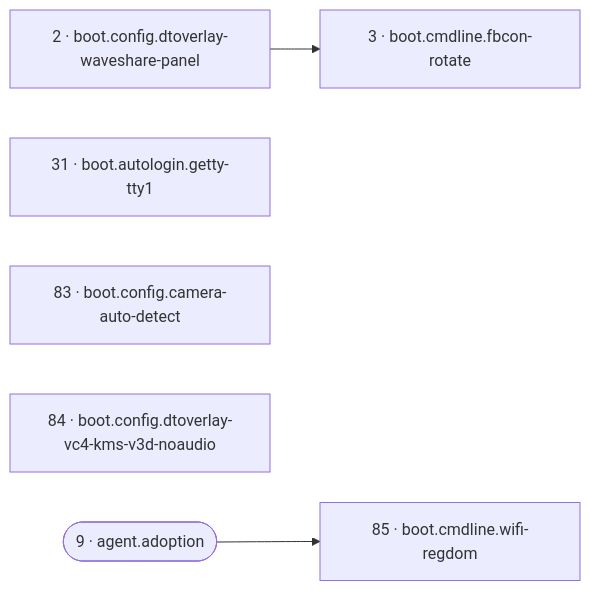
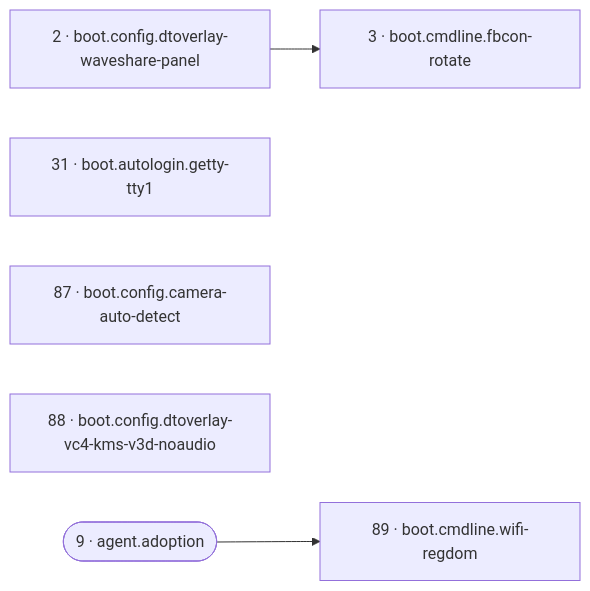
Before and after one commit to SixFive7/FrameLink: the third of 21 diagrams in reference/reconcile-dag.md, drawn with Mermaid. The commit also changed other lines of this file and 10 other files, not shown here.

````diff
--- a/reference/reconcile-dag.md
+++ b/reference/reconcile-dag.md
@@ -242,12 +247,12 @@
 ```mermaid
 flowchart LR
   r2["2 · boot.config.dtoverlay-waveshare-panel"]
   r3["3 · boot.cmdline.fbcon-rotate"]
   r31["31 · boot.autologin.getty-tty1"]
-  r83["83 · boot.config.camera-auto-detect"]
-  r84["84 · boot.config.dtoverlay-vc4-kms-v3d-noaudio"]
-  r85["85 · boot.cmdline.wifi-regdom"]
+  r87["87 · boot.config.camera-auto-detect"]
+  r88["88 · boot.config.dtoverlay-vc4-kms-v3d-noaudio"]
+  r89["89 · boot.cmdline.wifi-regdom"]
   r9(["9 · agent.adoption"])
   r2 --> r3
-  r9 --> r85
+  r9 --> r89
 ```
````
